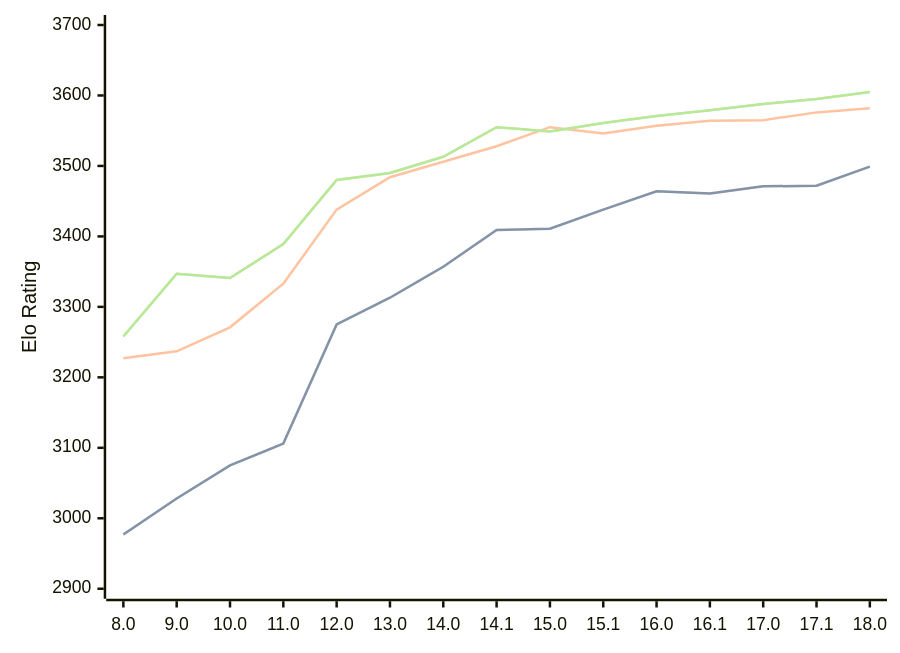
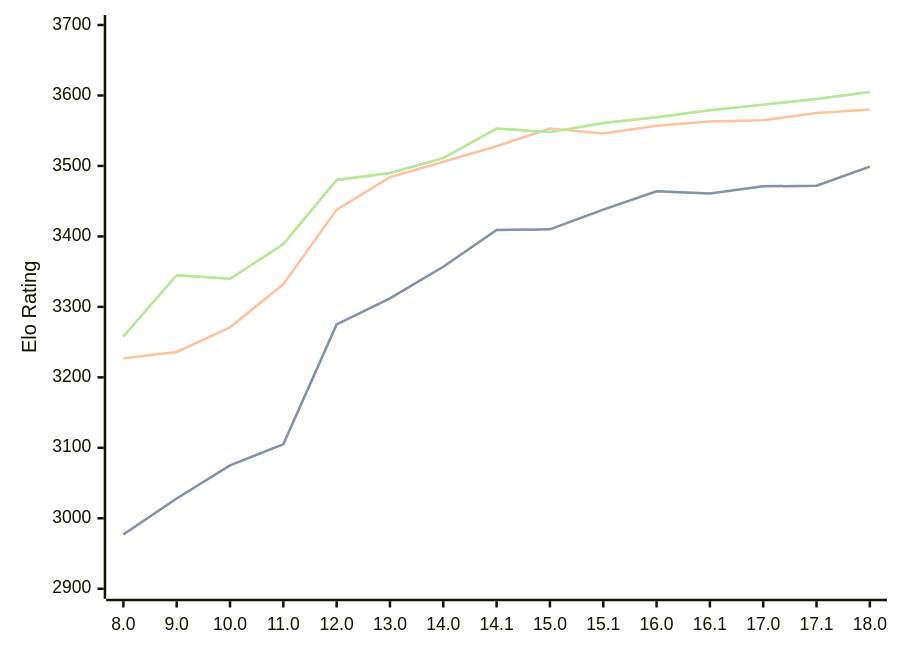
The diagram in engines/Stockfish.md (computer-chess-index/cci), drawn with Mermaid before and after one commit. The commit also changed other lines of this file, not shown here.

Commit message:
Update CCI Ratings (ELO VLTC) - 2026-07-27

````diff
--- a/engines/Stockfish.md
+++ b/engines/Stockfish.md
@@ -46,11 +46,11 @@
 ```mermaid
 %%{init: {"theme":"base","themeVariables":{"seriesColors:['#a3a3a3','#222221','#faa371']}}}%%
 xychart-beta
   x-axis ["8.0", "9.0", "10.0", "11.0", "12.0", "13.0", "14.0", "14.1", "15.0", "15.1", "16.0", "16.1", "17.0", "17.1", "18.0"]
   y-axis "Elo Rating" 2900 --> 3700
-  line "STC (8.0+0.08s)" [2977, 3028, 3075, 3106, 3275, 3313, 3357, 3409, 3411, 3438, 3464, 3461, 3471, 3472, 3499]
-  line "STC (8.0+0.08s)" [2977, 3028, 3075, 3106, 3275, 3313, 3357, 3409, 3411, 3438, 3464, 3461, 3471, 3472, 3499]
-  line "LTC (60.0+0.60s)" [3227, 3237, 3271, 3333, 3438, 3484, 3506, 3528, 3555, 3546, 3557, 3564, 3565, 3576, 3582]
-  line "VLTC (2m24s+1.12s)" [3258, 3347, 3341, 3389, 3480, 3490, 3513, 3555, 3549, 3561, 3571, 3579, 3588, 3595, 3605]
-  line "VLTC (2m24s+1.12s)" [3258, 3347, 3341, 3389, 3480, 3490, 3513, 3555, 3549, 3561, 3571, 3579, 3588, 3595, 3605]
+  line "STC (8.0+0.08s)" [2977, 3028, 3075, 3105, 3275, 3312, 3357, 3409, 3410, 3438, 3464, 3461, 3471, 3472, 3499]
+  line "STC (8.0+0.08s)" [2977, 3028, 3075, 3105, 3275, 3312, 3357, 3409, 3410, 3438, 3464, 3461, 3471, 3472, 3499]
+  line "LTC (60.0+0.60s)" [3227, 3236, 3271, 3332, 3438, 3484, 3506, 3528, 3553, 3546, 3557, 3563, 3565, 3575, 3580]
+  line "VLTC (2m24s+1.12s)" [3258, 3345, 3340, 3389, 3480, 3490, 3511, 3553, 3548, 3561, 3569, 3579, 3587, 3595, 3605]
+  line "VLTC (2m24s+1.12s)" [3258, 3345, 3340, 3389, 3480, 3490, 3511, 3553, 3548, 3561, 3569, 3579, 3587, 3595, 3605]
 ```
````
